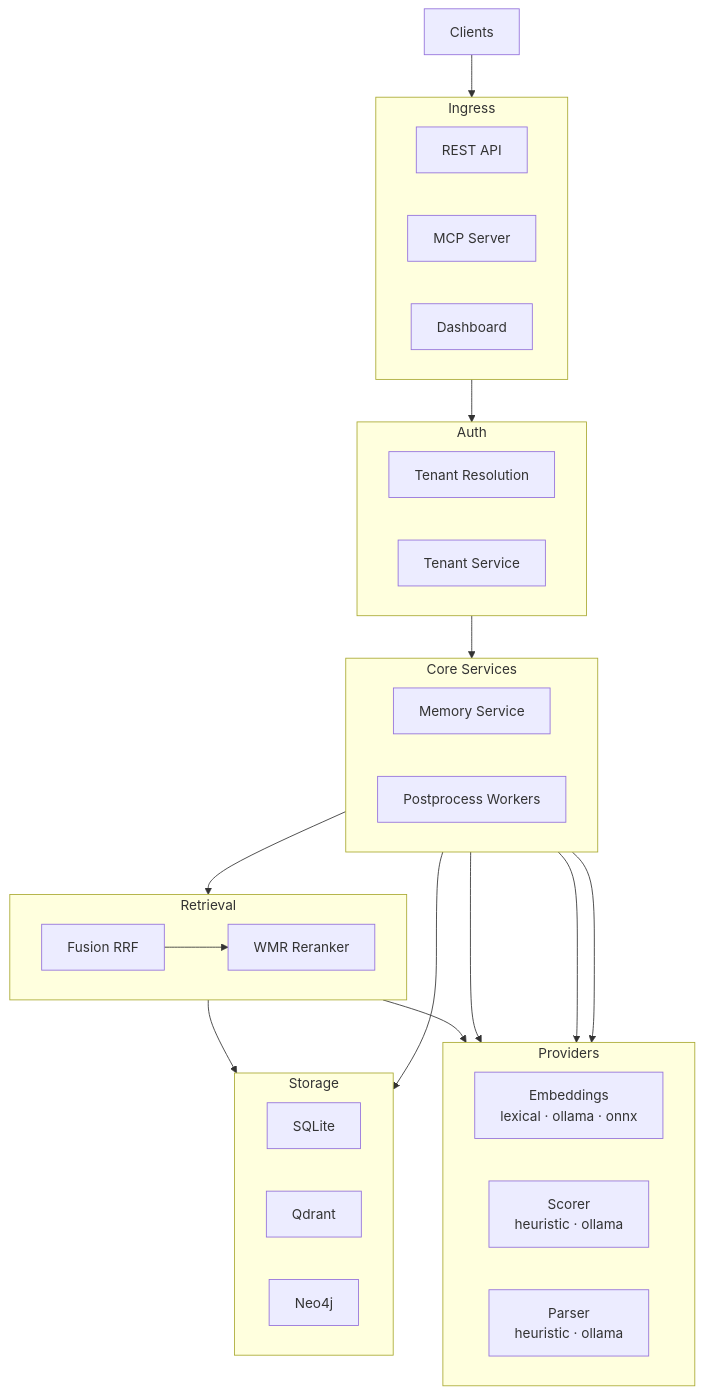
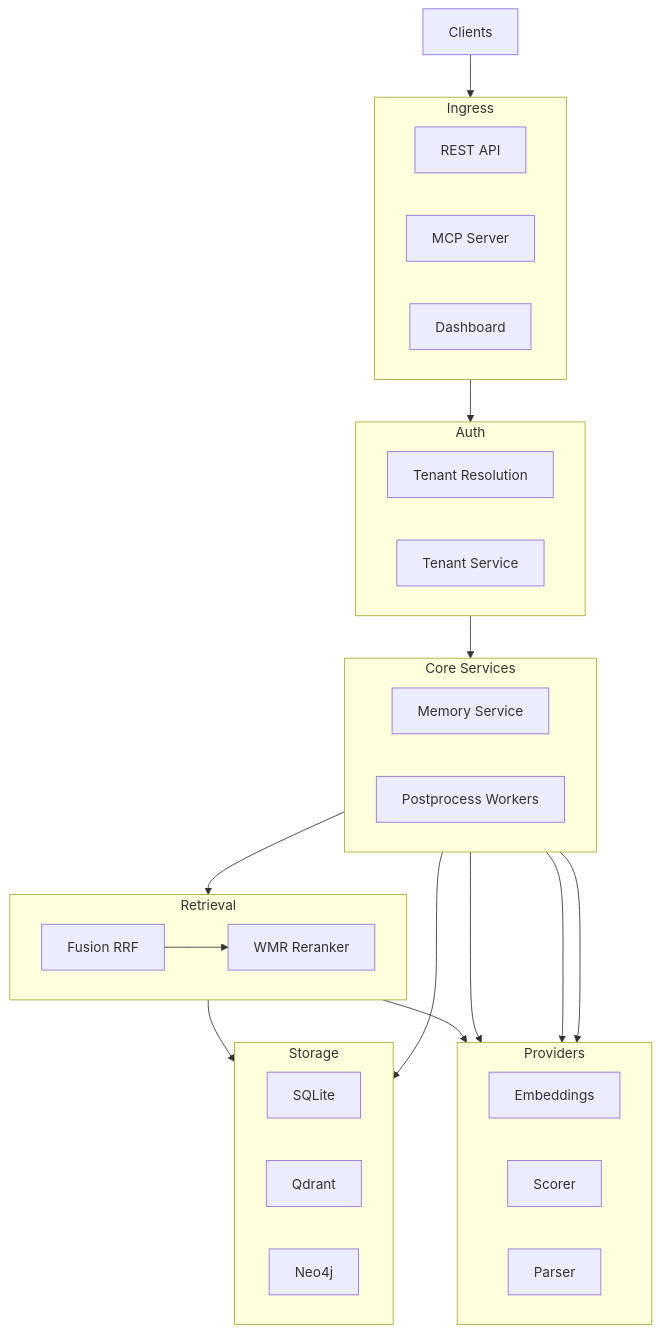
Before and after one commit to pali-mem/pali: the diagram in README.md, drawn with Mermaid. The commit also changed 18 other files, not shown here.

````diff
--- a/README.md
+++ b/README.md
@@ -94,44 +94,37 @@
 ```mermaid
 flowchart TB
     C["Clients"]
-
     subgraph Ingress["Ingress"]
         direction LR
         REST["REST API"] & MCP["MCP Server"] & DASH["Dashboard"]
     end
-
     subgraph Auth["Auth"]
         direction LR
         A["Tenant Resolution"] & T["Tenant Service"]
     end
-
     subgraph Core["Core Services"]
         direction LR
         MS["Memory Service"] & PP["Postprocess Workers"]
     end
-
     subgraph Retrieval["Retrieval"]
         direction LR
         RET["Fusion RRF"] --> RERANK["WMR Reranker"]
     end
-
     subgraph Providers["Providers"]
         direction LR
-        EMB["Embeddings\nlexical · ollama · onnx"] & SCORE["Scorer\nheuristic · ollama"] & PARSER["Parser\nheuristic · ollama"]
+        EMB["Embeddings"] & SCORE["Scorer"] & PARSER["Parser"]
     end
-
     subgraph Storage["Storage"]
         direction LR
         SQLITE["SQLite"] & QDRANT["Qdrant"] & NEO4J["Neo4j"]
     end
-
     C --> Ingress
     Ingress --> Auth
     Auth --> Core
     Core --> Retrieval
     Core --> Providers
     Retrieval --> EMB
     PP --> PARSER & EMB
     Core --> Storage
     Retrieval --> QDRANT
 ```
````
